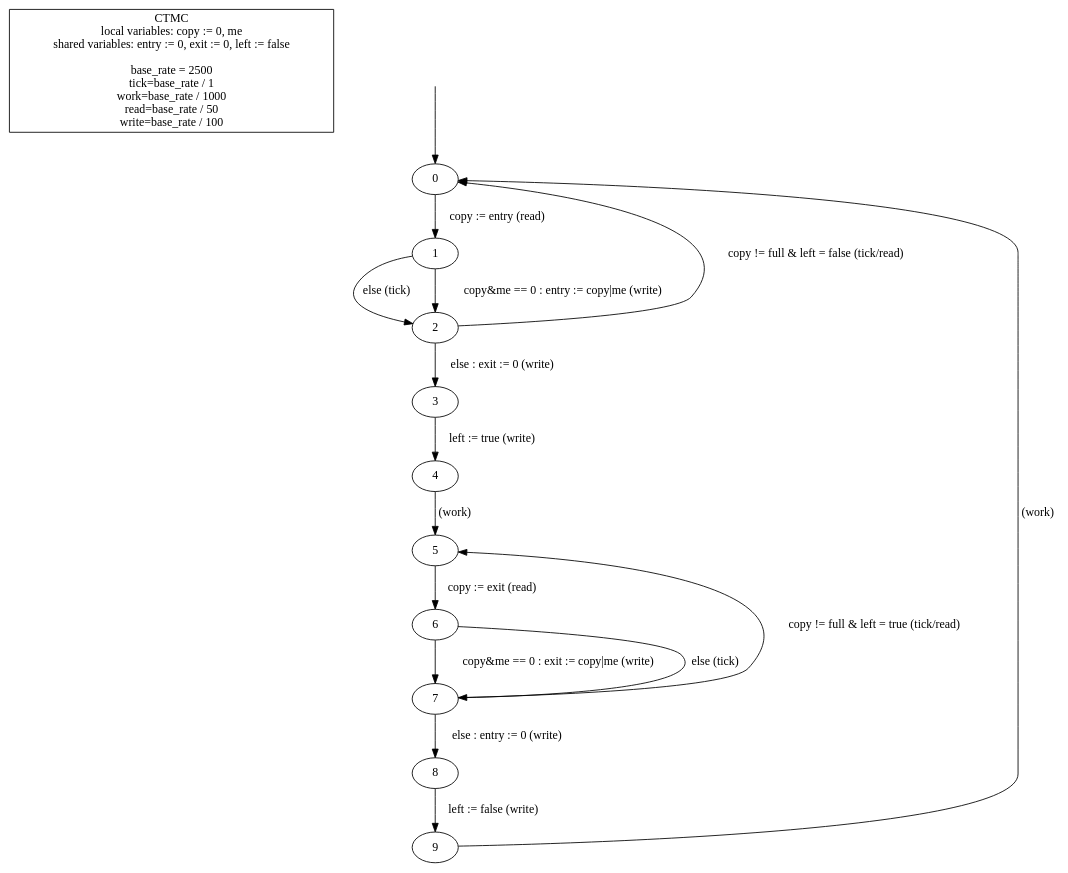
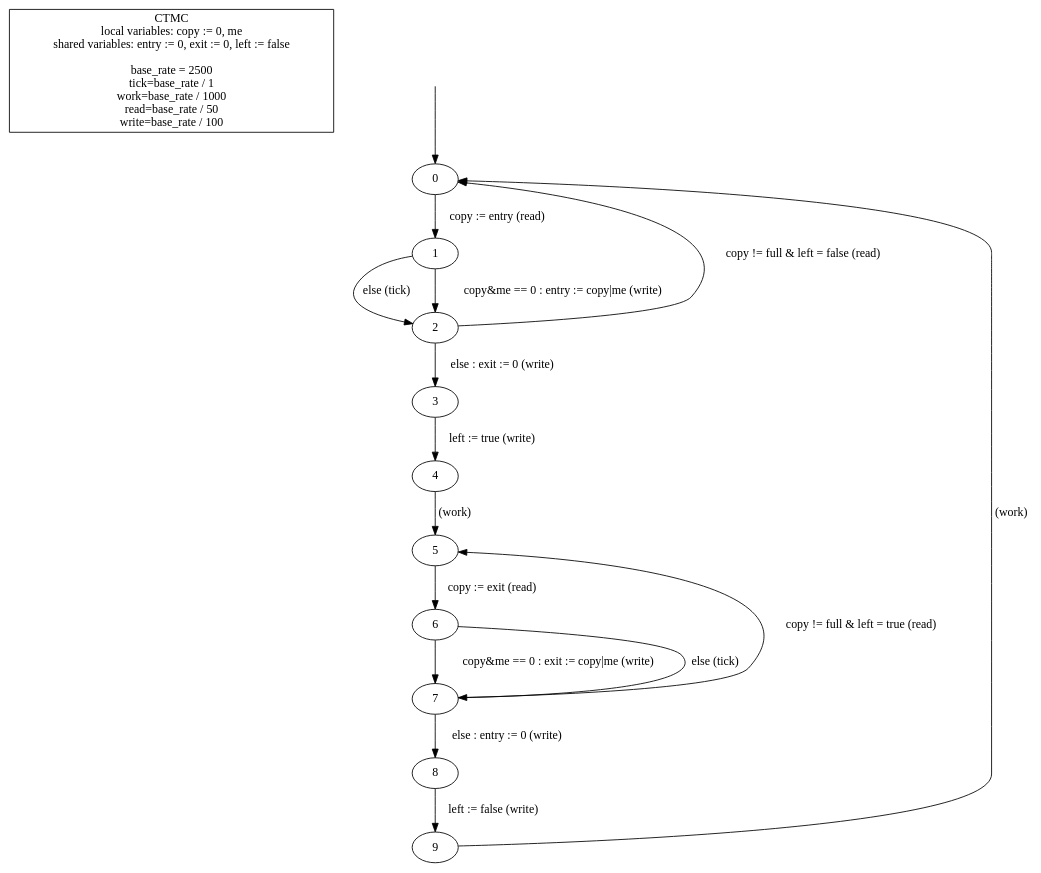
The diagram in barrier-attempt/model-prism-ctmc/model.dot (hydroo/minor-thesis-barriers), drawn with Graphviz before and after one commit. The commit also changed 1 other file, not shown here.

Commit message:
read is more appropriate here

```diff
--- a/barrier-attempt/model-prism-ctmc/model.dot
+++ b/barrier-attempt/model-prism-ctmc/model.dot
@@ -1,27 +1,27 @@
 digraph {
 
 	"CTMC\nlocal variables: copy := 0, me\nshared variables: entry := 0, exit := 0, left := false\n\nbase_rate = 2500\ntick=base_rate / 1\nwork=base_rate / 1000\nread=base_rate / 50\nwrite=base_rate / 100" [nojustify=true, shape=box]
 
 	initial_state_source [style=invis]
 	initial_state_source -> "0"
 
 	"0" -> "1" [weight=10, label="copy := entry (read)"]
 	"1" -> "2" [label="else (tick)"]
 	"1" -> "2" [weight=10, label="copy&me == 0 : entry := copy|me (write)"]
 
-	"2" -> "0" [label="copy != full & left = false (tick/read)"]
+	"2" -> "0" [label="copy != full & left = false (read)"]
 	"2" -> "3" [weight=10, label="else : exit := 0 (write)"]
 	"3" -> "4" [weight=10, label="left := true (write)"]
 
 	"4" -> "5" [weight=10, label="(work)"]
 
 	"5" -> "6" [weight=10, label="copy := exit (read)"]
 	"6" -> "7" [weight=10, label="copy&me == 0 : exit := copy|me (write)"]
 	"6" -> "7" [label="else (tick)"]
 
-	"7" -> "5" [label="copy != full & left = true (tick/read)"]
+	"7" -> "5" [label="copy != full & left = true (read)"]
 	"7" -> "8" [weight=10, label="else : entry := 0 (write)"]
 	"8" -> "9" [weight=10, label="left := false (write)"]
 
 	"9" -> "0" [label="(work)"]
 }
```
